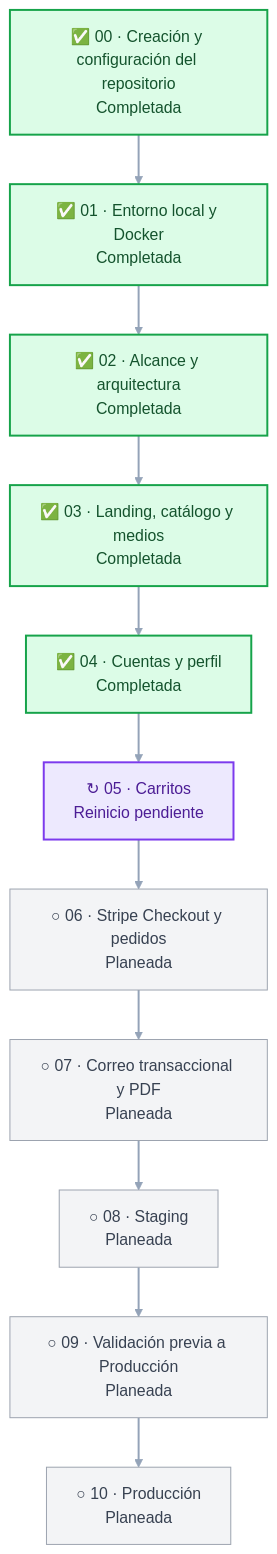
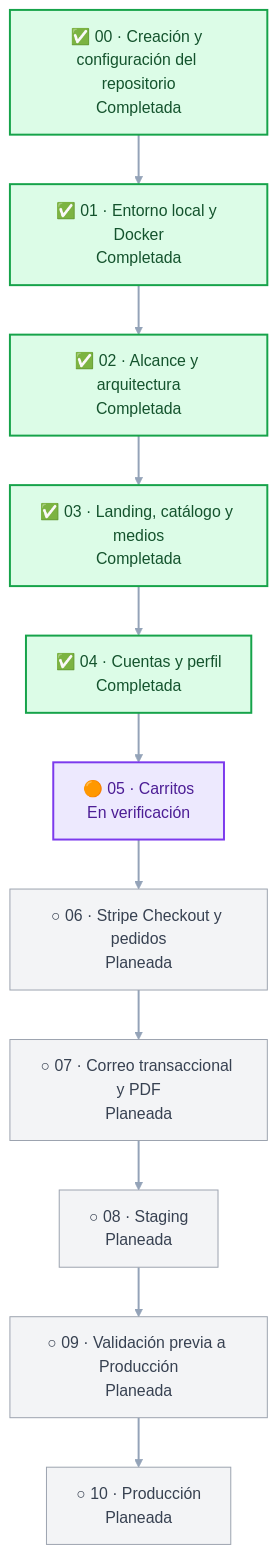
Before and after one commit to sadamlg/sr_del_mictlan: the diagram in docs/ROADMAP.md, drawn with Mermaid. The commit also changed other lines of this file and 24 other files, not shown here.

````diff
--- a/docs/ROADMAP.md
+++ b/docs/ROADMAP.md
@@ -23,24 +23,24 @@
 ```mermaid
 flowchart TB
     p00["✅ 00 · Creación y configuración del repositorio<br/>Completada"] --> p01
     p01["✅ 01 · Entorno local y Docker<br/>Completada"] --> p02["✅ 02 · Alcance y arquitectura<br/>Completada"]
     p02 --> p03["✅ 03 · Landing, catálogo y medios<br/>Completada"]
     p03 --> p04["✅ 04 · Cuentas y perfil<br/>Completada"]
-    p04 --> p05["↻ 05 · Carritos<br/>Reinicio pendiente"]
+    p04 --> p05["🟠 05 · Carritos<br/>En verificación"]
     p05 --> p06["○ 06 · Stripe Checkout y pedidos<br/>Planeada"]
     p06 --> p07["○ 07 · Correo transaccional y PDF<br/>Planeada"]
     p07 --> p08["○ 08 · Staging<br/>Planeada"]
     p08 --> p09["○ 09 · Validación previa a Producción<br/>Planeada"]
     p09 --> p10["○ 10 · Producción<br/>Planeada"]
 
     classDef completed fill:#dcfce7,stroke:#16a34a,color:#14532d,stroke-width:2px;
     classDef active fill:#fef3c7,stroke:#d97706,color:#78350f,stroke-width:2px;
     classDef restart fill:#ede9fe,stroke:#7c3aed,color:#4c1d95,stroke-width:2px;
     classDef planned fill:#f3f4f6,stroke:#9ca3af,color:#374151;
 
     class p00,p01,p02,p03,p04 completed;
     class p05 restart;
     class p06,p07,p08,p09,p10 planned;
 
     linkStyle default stroke:#94a3b8,stroke-width:2px;
 ```
````
